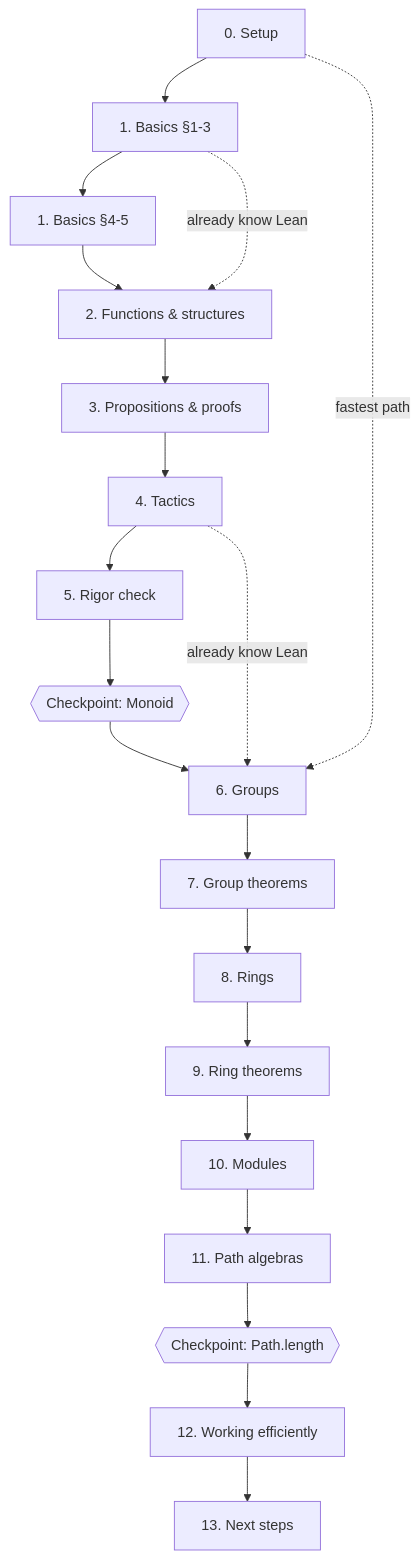
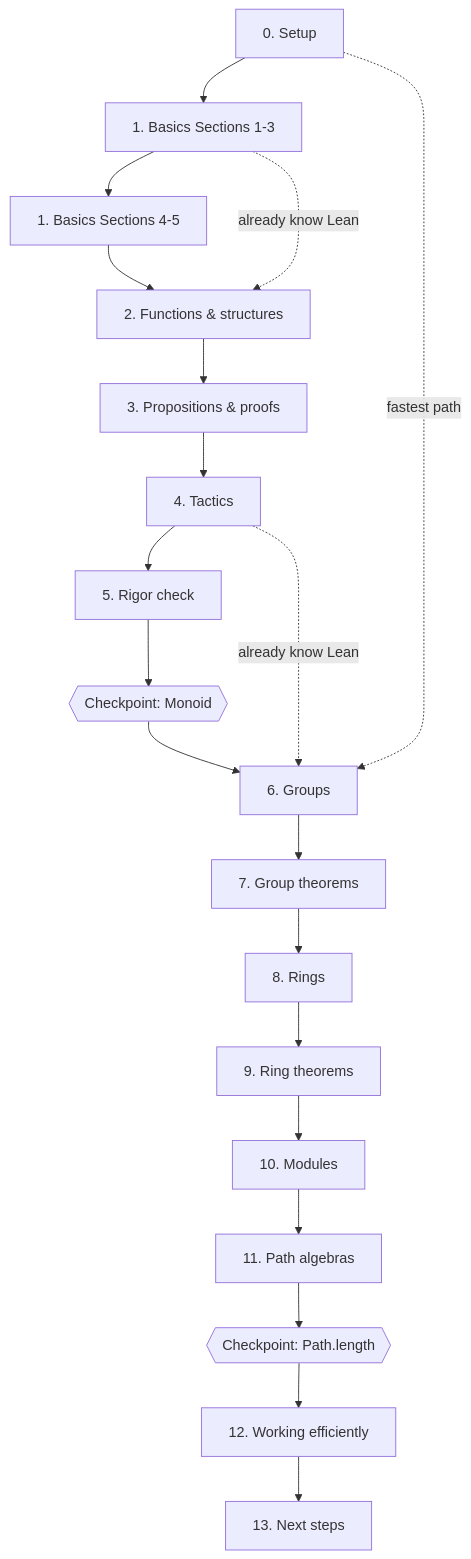
Before and after one commit to abderrahim-lectures/lean4-learning: the diagram in lean_book/learning-paths.md, drawn with Mermaid. The commit also changed other lines of this file and 70 other files, not shown here.

````diff
--- a/lean_book/learning-paths.md
+++ b/lean_book/learning-paths.md
@@ -14,22 +14,22 @@
 ```mermaid
 graph TD
-    C0["0. Setup"] --> C1a["1. Basics §1-3"]
-    C1a --> C1b["1. Basics §4-5"]
+    C0["0. Setup"] --> C1a["1. Basics Sections 1-3"]
+    C1a --> C1b["1. Basics Sections 4-5"]
     C1b --> C2["2. Functions & structures"]
     C2 --> C3["3. Propositions & proofs"]
     C3 --> C4["4. Tactics"]
     C4 --> C5["5. Rigor check"]
     C5 --> CP1{{"Checkpoint: Monoid"}}
     CP1 --> C6["6. Groups"]
     C6 --> C7["7. Group theorems"]
     C7 --> C8["8. Rings"]
     C8 --> C9["9. Ring theorems"]
     C9 --> C10["10. Modules"]
     C10 --> C11["11. Path algebras"]
     C11 --> CP2{{"Checkpoint: Path.length"}}
     CP2 --> C12["12. Working efficiently"]
     C12 --> C13["13. Next steps"]
     C1a -.->|already know Lean| C2
     C4 -.->|already know Lean| C6
     C0 -.->|fastest path| C6
 ```
````
